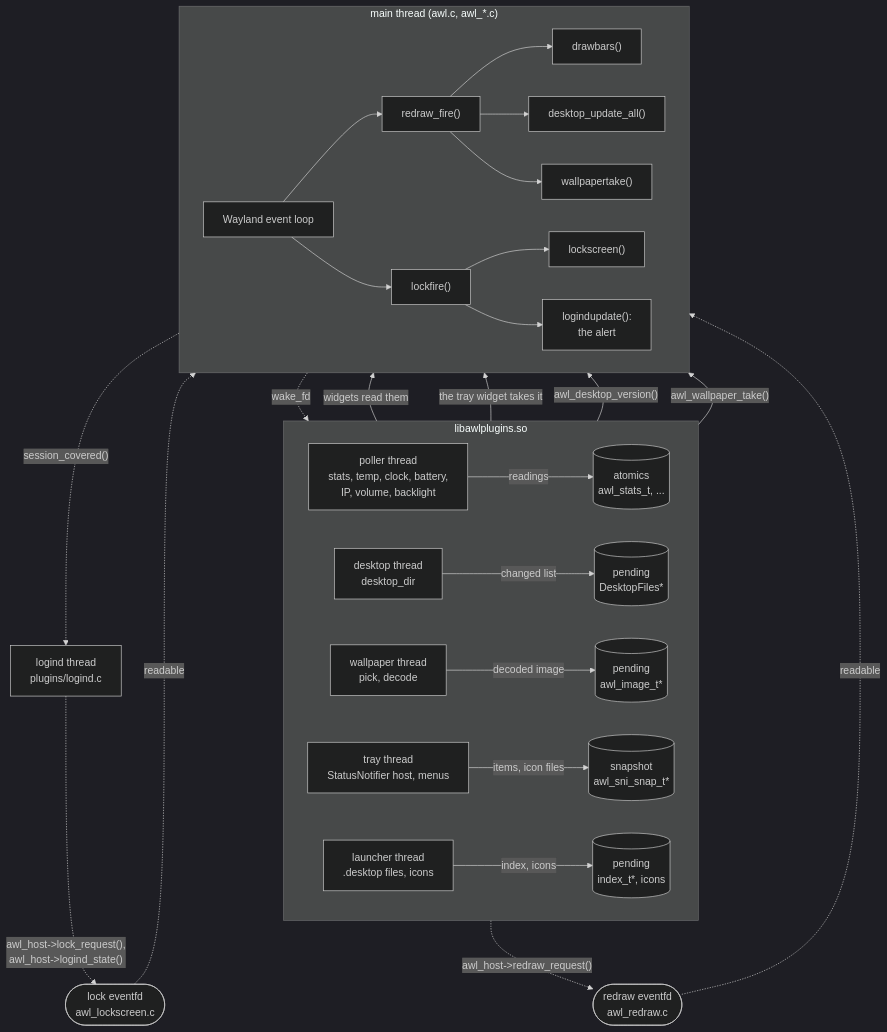
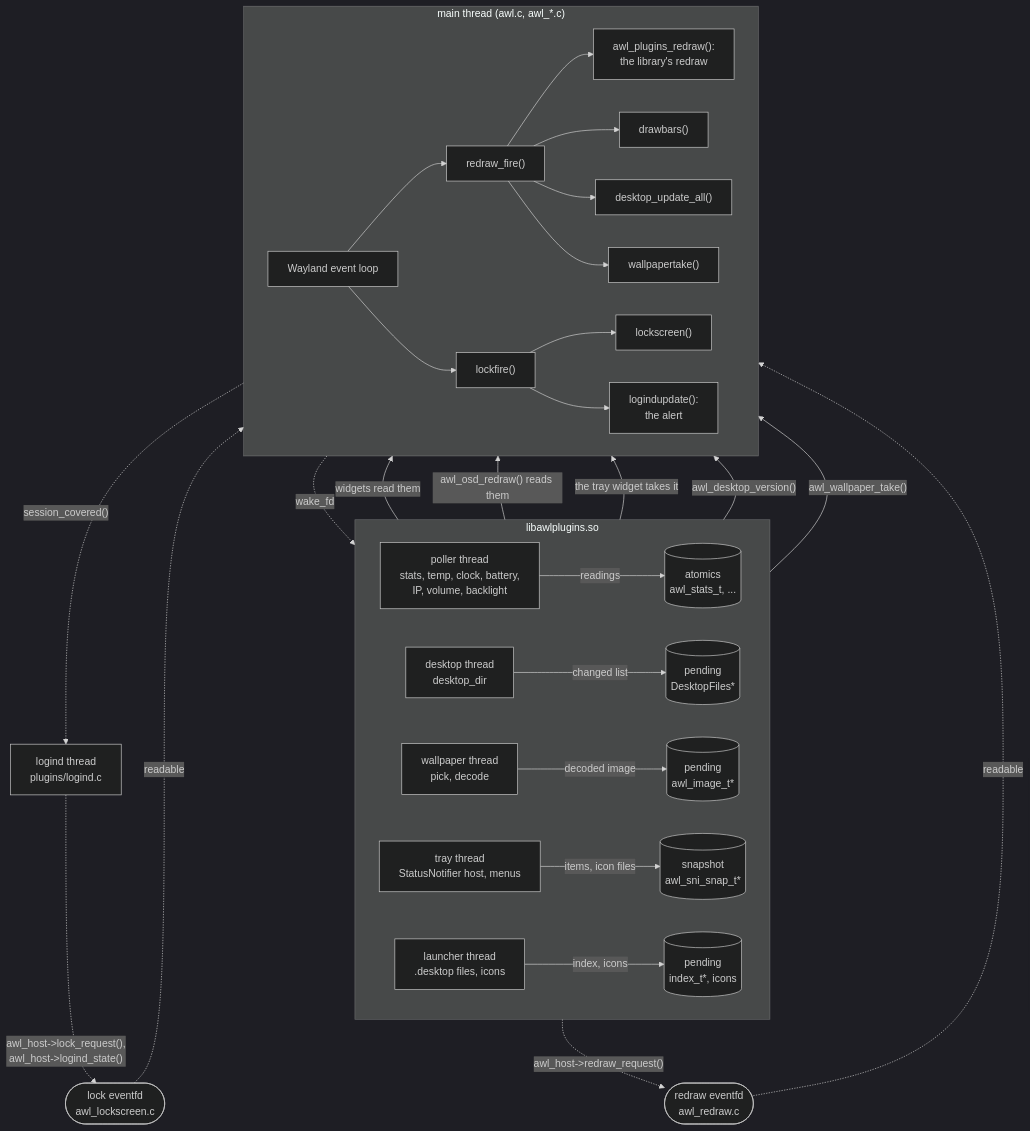
Before and after one commit to alcubierre-drive/awl: the first of 8 diagrams in doc/threads.rst, drawn with Mermaid (dark theme). The commit also changed other lines of this file and 126 other files, not shown here.

```diff
--- a/doc/threads.rst
+++ b/doc/threads.rst
@@ -108,35 +111,37 @@
 .. mermaid::
 
    flowchart TB
      subgraph lib["libawlplugins.so"]
        direction LR
        poller["poller thread<br/>stats, temp, clock, battery,<br/>IP, volume, backlight"] -- "readings" --> atomics[("atomics<br/>awl_stats_t, ...")]
        scanner["desktop thread<br/>desktop_dir"] -- "changed list" --> pending[("pending<br/>DesktopFiles*")]
        changer["wallpaper thread<br/>pick, decode"] -- "decoded image" --> image[("pending<br/>awl_image_t*")]
        tray["tray thread<br/>StatusNotifier host, menus"] -- "items, icon files" --> snap[("snapshot<br/>awl_sni_snap_t*")]
        launcher["launcher thread<br/>.desktop files, icons"] -- "index, icons" --> lpending[("pending<br/>index_t*, icons")]
      end
      logind["logind thread<br/>plugins/logind.c"]
      redraw(["redraw eventfd<br/>awl_redraw.c"])
      lockfd(["lock eventfd<br/>awl_lockscreen.c"])
      subgraph main["main thread (awl.c, awl_*.c)"]
        direction LR
        loop["Wayland event loop"] --> fire["redraw_fire()"]
+       fire --> hook["awl_plugins_redraw():<br/>the library's redraw"]
        fire --> bars["drawbars()"]
        fire --> panels["desktop_update_all()"]
        fire --> wp["wallpapertake()"]
        loop --> lockfire["lockfire()"]
        lockfire --> lockscreen["lockscreen()"]
        lockfire --> logindupdate["logindupdate():<br/>the alert"]
      end
 
      lib -. "awl_host->redraw_request()" .-> redraw
      redraw -. "readable" .-> loop
      logind -. "awl_host->lock_request(),<br/>awl_host->logind_state()" .-> lockfd
      lockfd -. "readable" .-> loop
      main -. "session_covered()" .-> logind
      atomics -- "widgets read them" --> bars
+     atomics -- "awl_osd_redraw() reads them" --> hook
      snap -- "the tray widget takes it" --> bars
      pending -- "awl_desktop_version()" --> panels
      image -- "awl_wallpaper_take()" --> wp
      main -. "wake_fd" .-> lib
```
